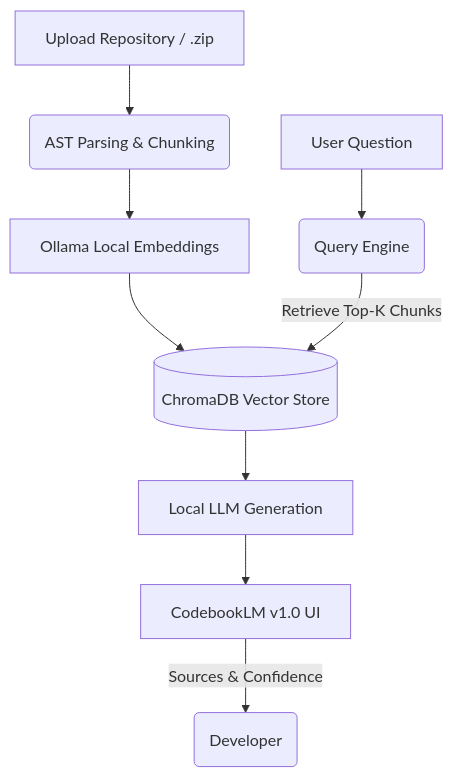
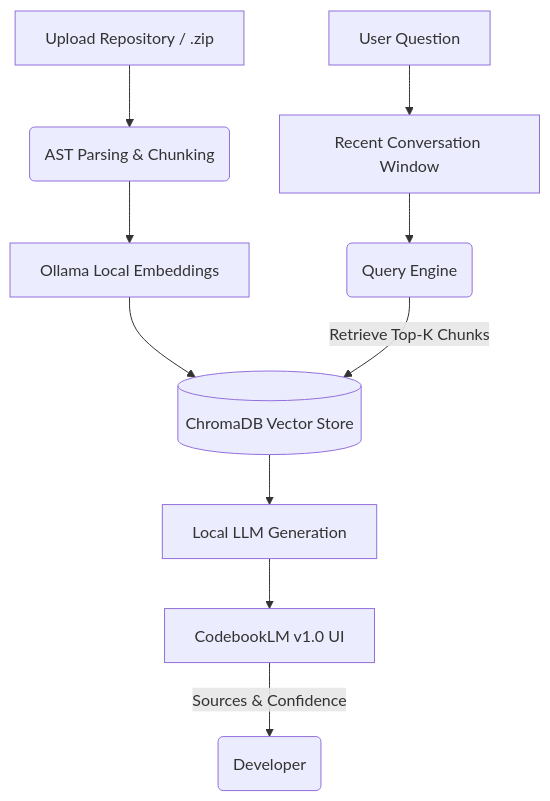
The diagram in README.md (aayush0778/Codebase-Agent), drawn with Mermaid before and after one commit. The commit also changed other lines of this file and 3 other files, not shown here.

````diff
--- a/README.md
+++ b/README.md
@@ -33,13 +36,14 @@
 ```mermaid
 graph TD
     A[Upload Repository / .zip] --> B(AST Parsing & Chunking)
     B --> C[Ollama Local Embeddings]
     C --> D[(ChromaDB Vector Store)]
     
-    E[User Question] --> F(Query Engine)
+    E[User Question] --> M[Recent Conversation Window]
+    M --> F(Query Engine)
     F --> |Retrieve Top-K Chunks| D
     
     D --> G[Local LLM Generation]
     G --> H[CodebookLM v1.0 UI]
     H --> |Sources & Confidence| I(Developer)
 ```
````
